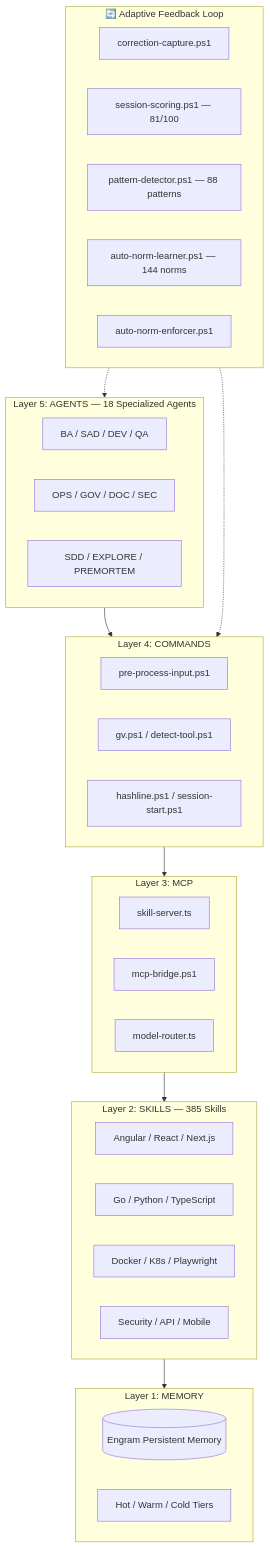
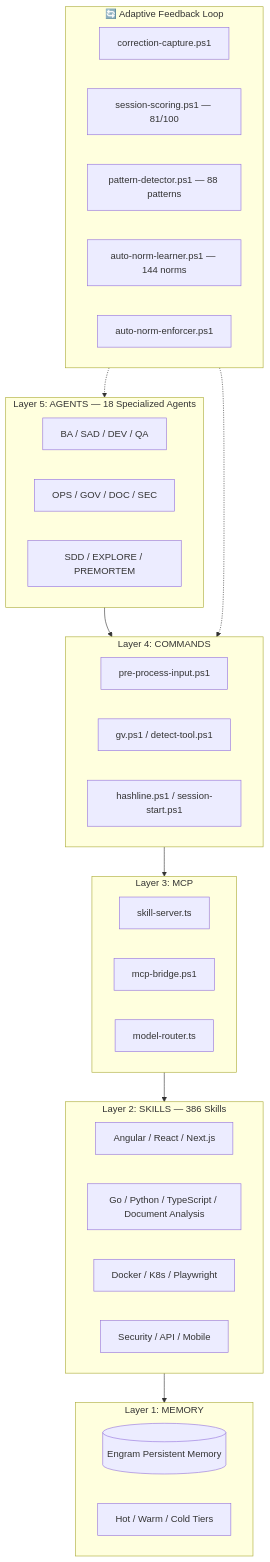
Before and after one commit to EmmanuelOrtiz87/gentle-vanguard: the first of 3 diagrams in README.md, drawn with Mermaid. The commit also changed other lines of this file and 27 other files, not shown here.

Commit message:
feat: Document Analysis Skill desde Turnkey — sidecar Python (8 modulos) + pipeline LLM real + conectores Jira/Confluence + watchdog carpeta + pre-commit hook + dashboard metrics

````diff
--- a/README.md
+++ b/README.md
@@ -51,46 +51,46 @@
 ```mermaid
 flowchart TB
   classDef layer fill:#1a2035,stroke:#a855f7,color:#e0e0e0,stroke-width:2px
   classDef agent fill:#1a2035,stroke:#00bfff,color:#e0e0e0
   classDef cmd fill:#1a2035,stroke:#22c55e,color:#e0e0e0
   classDef skill fill:#1a2035,stroke:#f7df1e,color:#e0e0e0
   classDef mem fill:#1a2035,stroke:#ffaa00,color:#e0e0e0
   classDef adaptive fill:#1a2035,stroke:#ef4444,color:#e0e0e0,stroke-dasharray: 5 5
 
   subgraph L5["Layer 5: AGENTS — 18 Specialized Agents"]
     A1[BA / SAD / DEV / QA]
     A2[OPS / GOV / DOC / SEC]
     A3[SDD / EXPLORE / PREMORTEM]
   end
   subgraph L4["Layer 4: COMMANDS"]
     C1[pre-process-input.ps1]
     C2[gv.ps1 / detect-tool.ps1]
     C3[hashline.ps1 / session-start.ps1]
   end
   subgraph L3["Layer 3: MCP"]
     M1[skill-server.ts]
     M2[mcp-bridge.ps1]
     M3[model-router.ts]
   end
-  subgraph L2["Layer 2: SKILLS — 385 Skills"]
+  subgraph L2["Layer 2: SKILLS — 386 Skills"]
     S1[Angular / React / Next.js]
-    S2[Go / Python / TypeScript]
+    S2[Go / Python / TypeScript / Document Analysis]
     S3[Docker / K8s / Playwright]
     S4[Security / API / Mobile]
   end
   subgraph L1["Layer 1: MEMORY"]
     R1[(Engram Persistent Memory)]
     R2[Hot / Warm / Cold Tiers]
   end
   subgraph ADAPTIVE["🔄 Adaptive Feedback Loop"]
     F1[correction-capture.ps1]
     F2[session-scoring.ps1 — 81/100]
     F3[pattern-detector.ps1 — 88 patterns]
     F4[auto-norm-learner.ps1 — 144 norms]
     F5[auto-norm-enforcer.ps1]
   end
 
   L5 --> L4 --> L3 --> L2 --> L1
   ADAPTIVE -.-> L5
   ADAPTIVE -.-> L4
 ```
````
